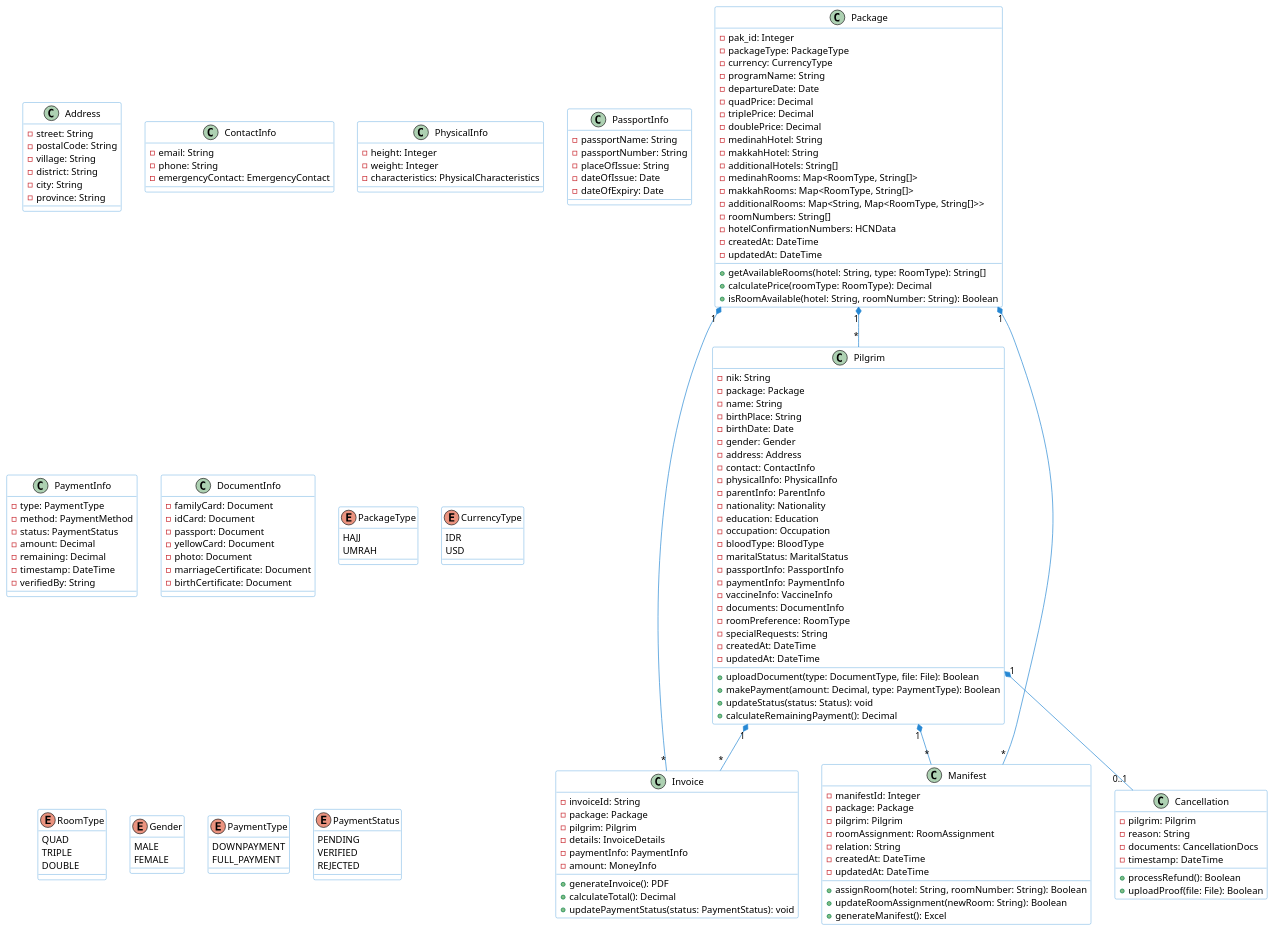
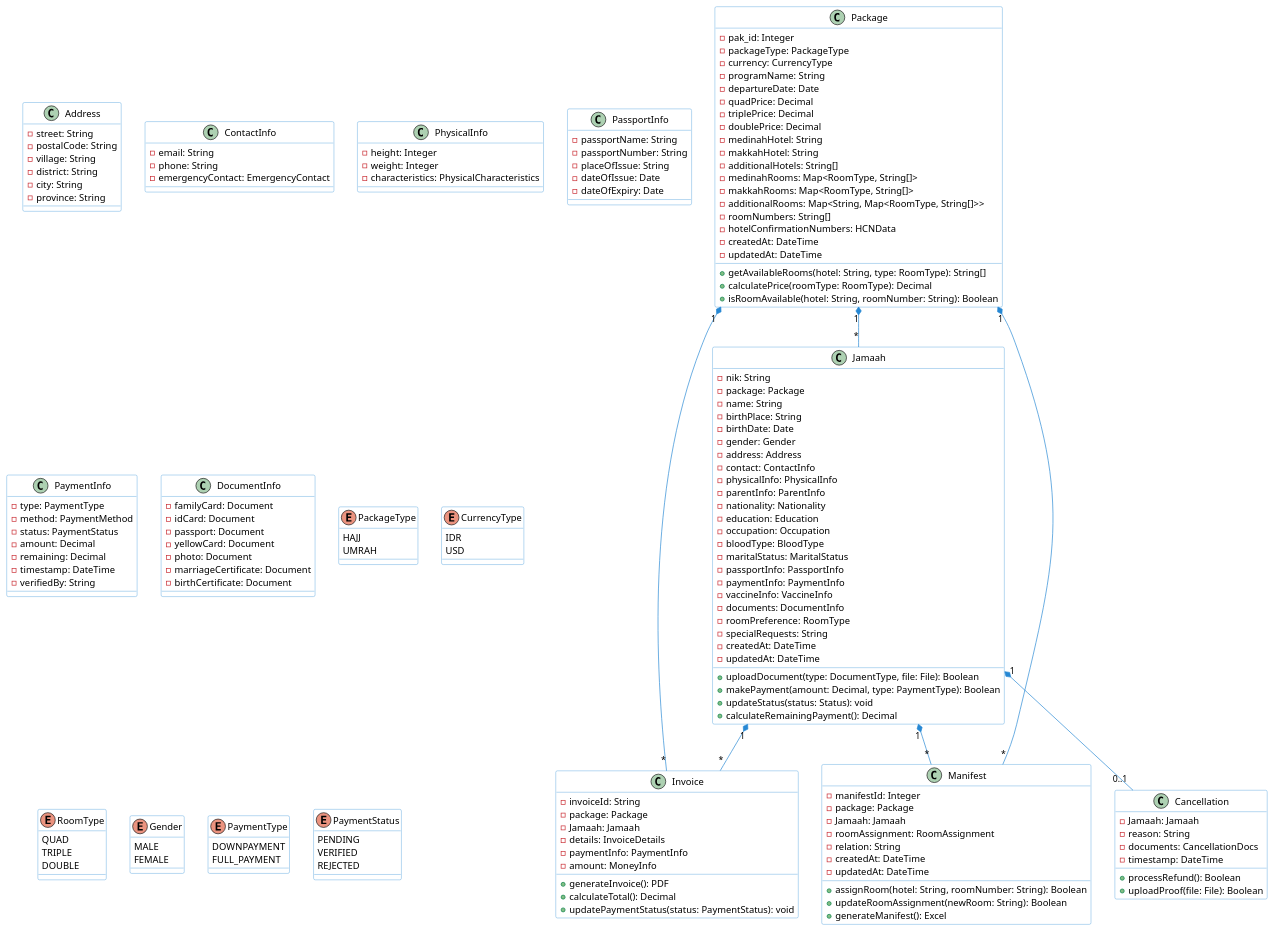
Before and after one commit to HoneyGun76/MIW: the diagram in diagram_surpass/class_diagram.puml, drawn with PlantUML. The commit also changed 101 other files, not shown here.

Commit message:
Backup before implementing black box testing - documentation and diagrams

```diff
--- a/diagram_surpass/class_diagram.puml
+++ b/diagram_surpass/class_diagram.puml
@@ -1,188 +1,188 @@
 @startuml MIW Class Diagram
 
 skinparam class {
     BackgroundColor White
     ArrowColor #2688d4
     BorderColor #2688d4
 }
 
 class Package {
     -pak_id: Integer
     -packageType: PackageType
     -currency: CurrencyType
     -programName: String
     -departureDate: Date
     -quadPrice: Decimal
     -triplePrice: Decimal
     -doublePrice: Decimal
     -medinahHotel: String
     -makkahHotel: String
     -additionalHotels: String[]
     -medinahRooms: Map<RoomType, String[]>
     -makkahRooms: Map<RoomType, String[]>
     -additionalRooms: Map<String, Map<RoomType, String[]>>
     -roomNumbers: String[]
     -hotelConfirmationNumbers: HCNData
     -createdAt: DateTime
     -updatedAt: DateTime
     +getAvailableRooms(hotel: String, type: RoomType): String[]
     +calculatePrice(roomType: RoomType): Decimal
     +isRoomAvailable(hotel: String, roomNumber: String): Boolean
 }
 
-class Pilgrim {
+class Jamaah {
     -nik: String
     -package: Package
     -name: String
     -birthPlace: String
     -birthDate: Date
     -gender: Gender
     -address: Address
     -contact: ContactInfo
     -physicalInfo: PhysicalInfo
     -parentInfo: ParentInfo
     -nationality: Nationality
     -education: Education
     -occupation: Occupation
     -bloodType: BloodType
     -maritalStatus: MaritalStatus
     -passportInfo: PassportInfo
     -paymentInfo: PaymentInfo
     -vaccineInfo: VaccineInfo
     -documents: DocumentInfo
     -roomPreference: RoomType
     -specialRequests: String
     -createdAt: DateTime
     -updatedAt: DateTime
     +uploadDocument(type: DocumentType, file: File): Boolean
     +makePayment(amount: Decimal, type: PaymentType): Boolean
     +updateStatus(status: Status): void
     +calculateRemainingPayment(): Decimal
 }
 
 class Invoice {
     -invoiceId: String
     -package: Package
-    -pilgrim: Pilgrim
+    -Jamaah: Jamaah
     -details: InvoiceDetails
     -paymentInfo: PaymentInfo
     -amount: MoneyInfo
     +generateInvoice(): PDF
     +calculateTotal(): Decimal
     +updatePaymentStatus(status: PaymentStatus): void
 }
 
 class Manifest {
     -manifestId: Integer
     -package: Package
-    -pilgrim: Pilgrim
+    -Jamaah: Jamaah
     -roomAssignment: RoomAssignment
     -relation: String
     -createdAt: DateTime
     -updatedAt: DateTime
     +assignRoom(hotel: String, roomNumber: String): Boolean
     +updateRoomAssignment(newRoom: String): Boolean
     +generateManifest(): Excel
 }
 
 class Cancellation {
-    -pilgrim: Pilgrim
+    -Jamaah: Jamaah
     -reason: String
     -documents: CancellationDocs
     -timestamp: DateTime
     +processRefund(): Boolean
     +uploadProof(file: File): Boolean
 }
 
 ' Value Objects
 class Address {
     -street: String
     -postalCode: String
     -village: String
     -district: String
     -city: String
     -province: String
 }
 
 class ContactInfo {
     -email: String
     -phone: String
     -emergencyContact: EmergencyContact
 }
 
 class PhysicalInfo {
     -height: Integer
     -weight: Integer
     -characteristics: PhysicalCharacteristics
 }
 
 class PassportInfo {
     -passportName: String
     -passportNumber: String
     -placeOfIssue: String
     -dateOfIssue: Date
     -dateOfExpiry: Date
 }
 
 class PaymentInfo {
     -type: PaymentType
     -method: PaymentMethod
     -status: PaymentStatus
     -amount: Decimal
     -remaining: Decimal
     -timestamp: DateTime
     -verifiedBy: String
 }
 
 class DocumentInfo {
     -familyCard: Document
     -idCard: Document
     -passport: Document
     -yellowCard: Document
     -photo: Document
     -marriageCertificate: Document
     -birthCertificate: Document
 }
 
 ' Enums
 enum PackageType {
     HAJJ
     UMRAH
 }
 
 enum CurrencyType {
     IDR
     USD
 }
 
 enum RoomType {
     QUAD
     TRIPLE
     DOUBLE
 }
 
 enum Gender {
     MALE
     FEMALE
 }
 
 enum PaymentType {
     DOWNPAYMENT
     FULL_PAYMENT
 }
 
 enum PaymentStatus {
     PENDING
     VERIFIED
     REJECTED
 }
 
 ' Relationships
-Package "1" *-- "*" Pilgrim
+Package "1" *-- "*" Jamaah
 Package "1" *-- "*" Invoice
 Package "1" *-- "*" Manifest
-Pilgrim "1" *-- "*" Invoice
-Pilgrim "1" *-- "0..1" Cancellation
-Pilgrim "1" *-- "*" Manifest
+Jamaah "1" *-- "*" Invoice
+Jamaah "1" *-- "0..1" Cancellation
+Jamaah "1" *-- "*" Manifest
 
 @enduml
```
